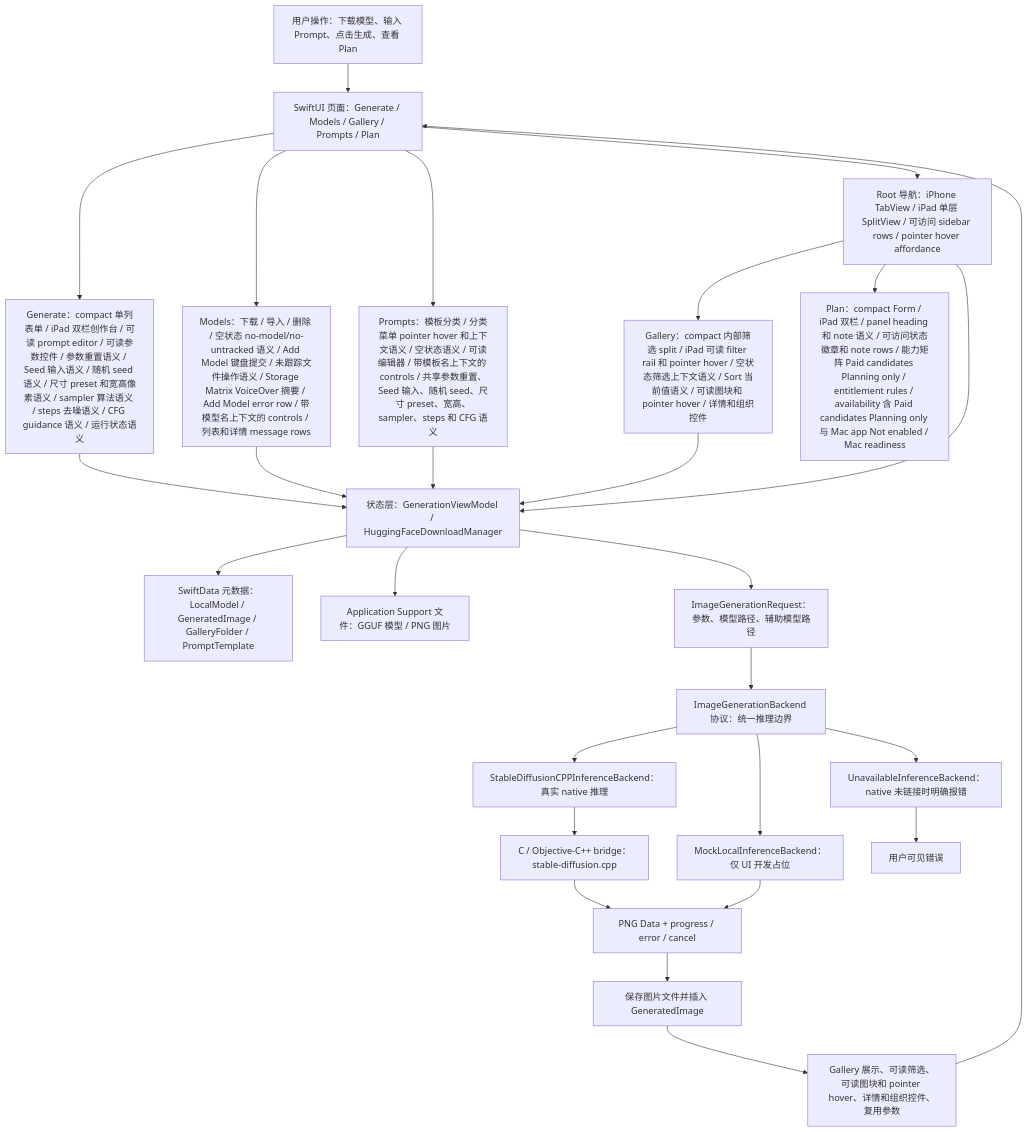
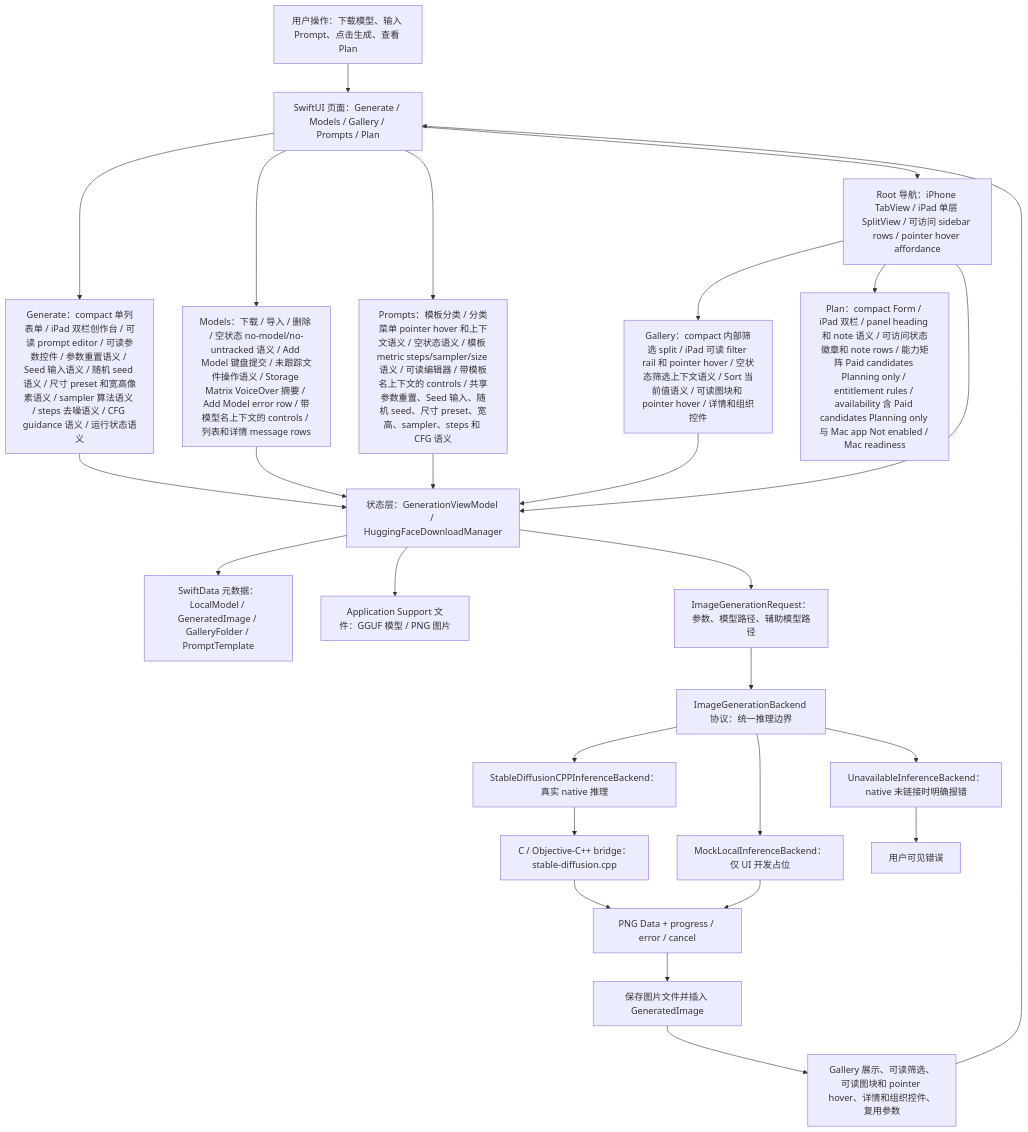
Before and after one commit to Altman-sam114/118: the first of 7 diagrams in md/flow/flowchart.md, drawn with Mermaid. The commit also changed 5 other files, not shown here.

````diff
--- a/md/flow/flowchart.md
+++ b/md/flow/flowchart.md
@@ -9,29 +9,29 @@
 ```mermaid
 flowchart TD
   U["用户操作：下载模型、输入 Prompt、点击生成、查看 Plan"] --> UI["SwiftUI 页面：Generate / Models / Gallery / Prompts / Plan"]
   UI --> GENUI["Generate：compact 单列表单 / iPad 双栏创作台 / 可读 prompt editor / 可读参数控件 / 参数重置语义 / Seed 输入语义 / 随机 seed 语义 / 尺寸 preset 和宽高像素语义 / sampler 算法语义 / steps 去噪语义 / CFG guidance 语义 / 运行状态语义"]
   UI --> MODELUI["Models：下载 / 导入 / 删除 / 空状态 no-model/no-untracked 语义 / Add Model 键盘提交 / 未跟踪文件操作语义 / Storage Matrix VoiceOver 摘要 / Add Model error row / 带模型名上下文的 controls / 列表和详情 message rows"]
-  UI --> PROMPTUI["Prompts：模板分类 / 分类菜单 pointer hover 和上下文语义 / 空状态语义 / 可读编辑器 / 带模板名上下文的 controls / 共享参数重置、Seed 输入、随机 seed、尺寸 preset、宽高、sampler、steps 和 CFG 语义"]
+  UI --> PROMPTUI["Prompts：模板分类 / 分类菜单 pointer hover 和上下文语义 / 空状态语义 / 模板 metric steps/sampler/size 语义 / 可读编辑器 / 带模板名上下文的 controls / 共享参数重置、Seed 输入、随机 seed、尺寸 preset、宽高、sampler、steps 和 CFG 语义"]
   UI --> NAV["Root 导航：iPhone TabView / iPad 单层 SplitView / 可访问 sidebar rows / pointer hover affordance"]
   NAV --> GALUI["Gallery：compact 内部筛选 split / iPad 可读 filter rail 和 pointer hover / 空状态筛选上下文语义 / Sort 当前值语义 / 可读图块和 pointer hover / 详情和组织控件"]
   NAV --> PLANUI["Plan：compact Form / iPad 双栏 / panel heading 和 note 语义 / 可访问状态徽章和 note rows / 能力矩阵 Paid candidates Planning only / entitlement rules / availability 含 Paid candidates Planning only 与 Mac app Not enabled / Mac readiness"]
   NAV --> VM["状态层：GenerationViewModel / HuggingFaceDownloadManager"]
   GENUI --> VM
   MODELUI --> VM
   PROMPTUI --> VM
   GALUI --> VM
   VM --> SD["SwiftData 元数据：LocalModel / GeneratedImage / GalleryFolder / PromptTemplate"]
   VM --> FS["Application Support 文件：GGUF 模型 / PNG 图片"]
   VM --> REQ["ImageGenerationRequest：参数、模型路径、辅助模型路径"]
   REQ --> IFACE["ImageGenerationBackend 协议：统一推理边界"]
   IFACE --> NATIVE["StableDiffusionCPPInferenceBackend：真实 native 推理"]
   IFACE --> MOCK["MockLocalInferenceBackend：仅 UI 开发占位"]
   IFACE --> OFF["UnavailableInferenceBackend：native 未链接时明确报错"]
   NATIVE --> BRIDGE["C / Objective-C++ bridge：stable-diffusion.cpp"]
   BRIDGE --> PNG["PNG Data + progress / error / cancel"]
   MOCK --> PNG
   OFF --> ERR["用户可见错误"]
   PNG --> SAVE["保存图片文件并插入 GeneratedImage"]
   SAVE --> GALLERY["Gallery 展示、可读筛选、可读图块和 pointer hover、详情和组织控件、复用参数"]
   GALLERY --> UI
 ```
````
